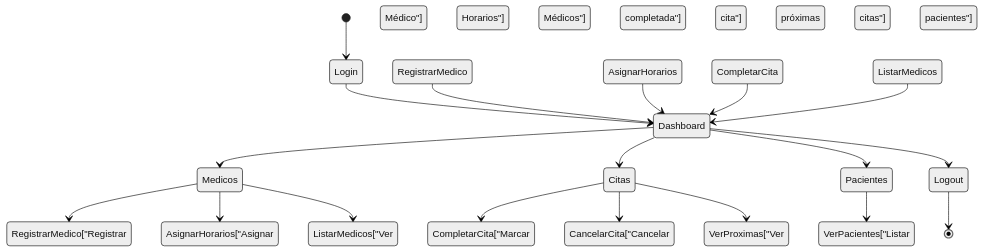
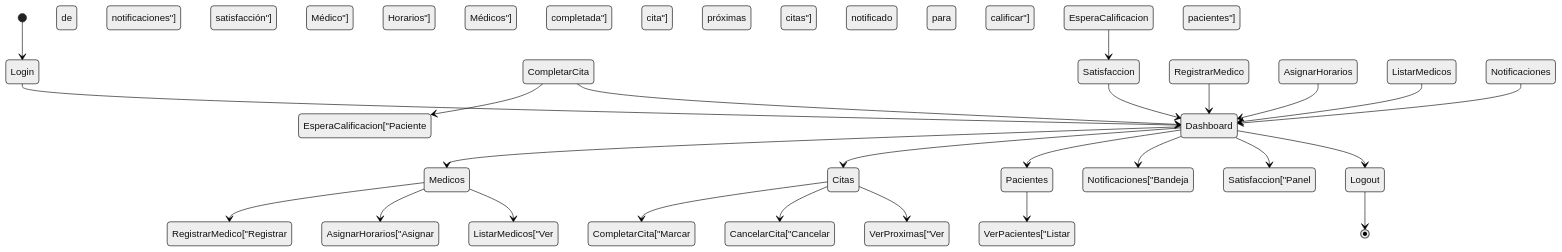
The fourth of 8 diagrams in README.md (EdwardAR/CIS_II), drawn with Mermaid (neutral theme) before and after one commit. The commit also changed other lines of this file and 1 other file, not shown here.

````diff
--- a/README.md
+++ b/README.md
@@ -703,26 +713,32 @@
 ```mermaid
 stateDiagram-v2
     [*] --> Login
     Login --> Dashboard
     Dashboard --> Medicos
     Dashboard --> Citas
     Dashboard --> Pacientes
+    Dashboard --> Notificaciones["Bandeja de notificaciones"]
+    Dashboard --> Satisfaccion["Panel de satisfacción"]
     
     Medicos --> RegistrarMedico["Registrar Médico"]
     Medicos --> AsignarHorarios["Asignar Horarios"]
     Medicos --> ListarMedicos["Ver Médicos"]
     
     Citas --> CompletarCita["Marcar completada"]
     Citas --> CancelarCita["Cancelar cita"]
     Citas --> VerProximas["Ver próximas citas"]
+    CompletarCita --> EsperaCalificacion["Paciente notificado para calificar"]
+    EsperaCalificacion --> Satisfaccion
     
     Pacientes --> VerPacientes["Listar pacientes"]
     
     RegistrarMedico --> Dashboard
     AsignarHorarios --> Dashboard
     CompletarCita --> Dashboard
     ListarMedicos --> Dashboard
+    Notificaciones --> Dashboard
+    Satisfaccion --> Dashboard
     
     Dashboard --> Logout
     Logout --> [*]
 ```
````
